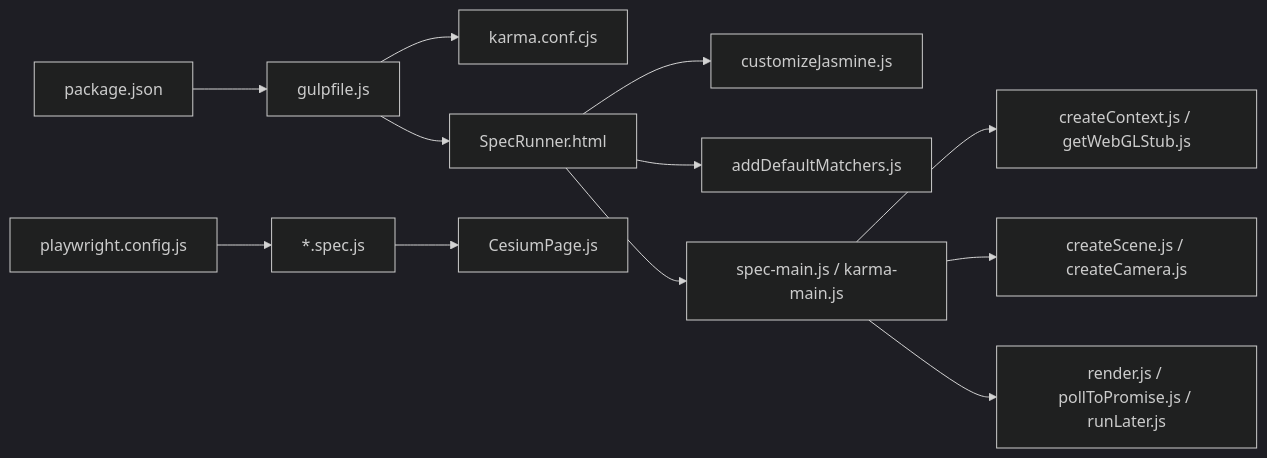
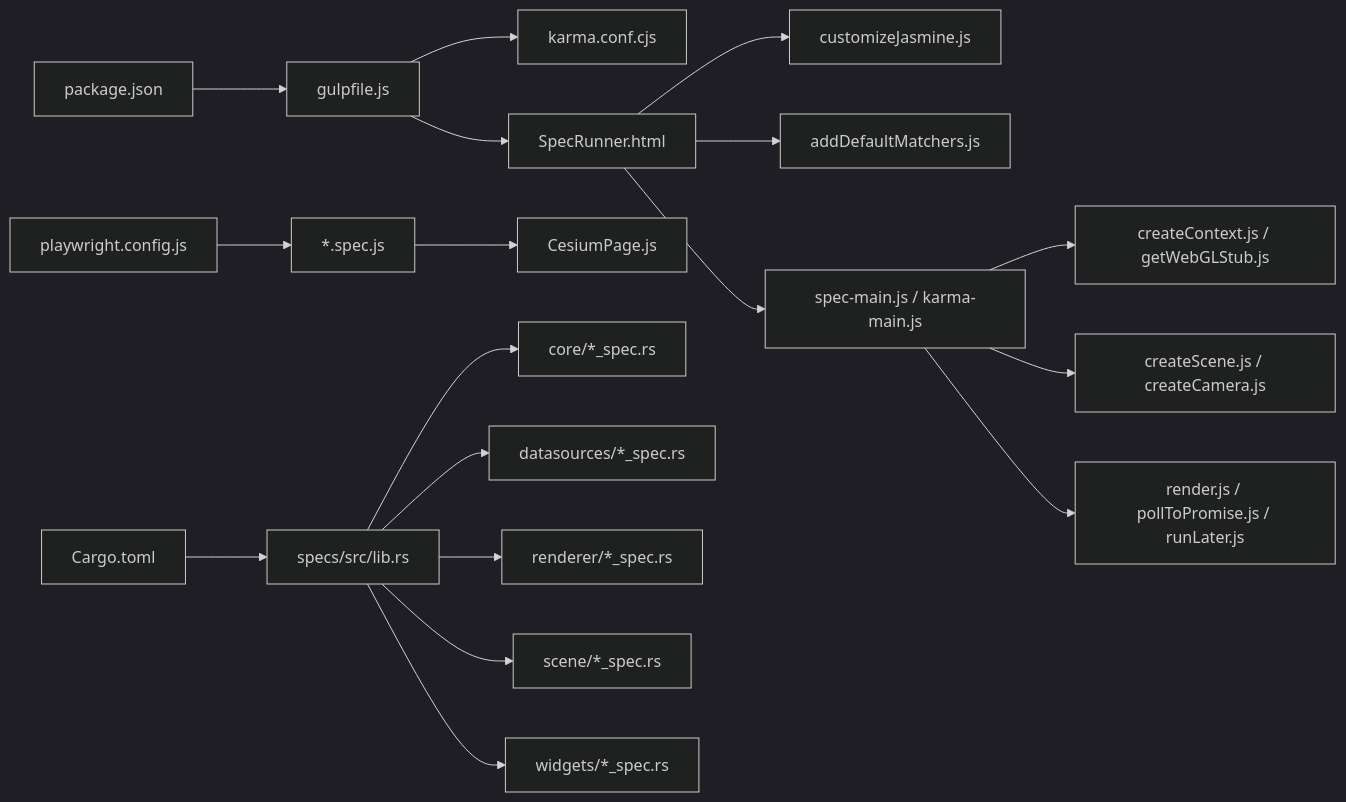
One commit to rzhangjing/cesium changed the seventh of 7 diagrams in .qoder/repowiki/zh/content/测试与调试/测试与调试.md. Above: the diagram before and after it, drawn with Mermaid (dark theme). The commit also changed other lines of this file and 56 other files, not shown here.

````diff
--- a/.qoder/repowiki/zh/content/测试与调试/测试与调试.md
+++ b/.qoder/repowiki/zh/content/测试与调试/测试与调试.md
@@ -319,14 +440,20 @@
 ```mermaid
 graph LR
 Pkg["package.json"] --> Gulp["gulpfile.js"]
 Gulp --> Karma["karma.conf.cjs"]
 Gulp --> Jasmine["SpecRunner.html"]
 Jasmine --> Custom["customizeJasmine.js"]
 Jasmine --> Matchers["addDefaultMatchers.js"]
 Jasmine --> Env["spec-main.js / karma-main.js"]
 Env --> GL["createContext.js / getWebGLStub.js"]
 Env --> Scene["createScene.js / createCamera.js"]
 Env --> Render["render.js / pollToPromise.js / runLater.js"]
 E2E["playwright.config.js"] --> E2ETests["*.spec.js"]
 E2ETests --> Page["CesiumPage.js"]
+Cargo["Cargo.toml"] --> RustLib["specs/src/lib.rs"]
+RustLib --> CoreTests["core/*_spec.rs"]
+RustLib --> DataTests["datasources/*_spec.rs"]
+RustLib --> RenderTests["renderer/*_spec.rs"]
+RustLib --> SceneTests["scene/*_spec.rs"]
+RustLib --> WidgetTests["widgets/*_spec.rs"]
 ```
````
